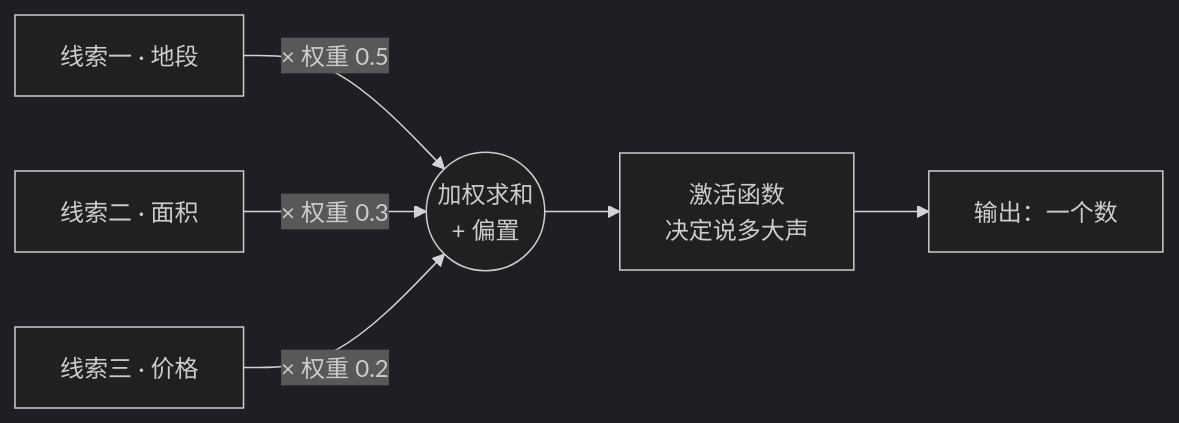
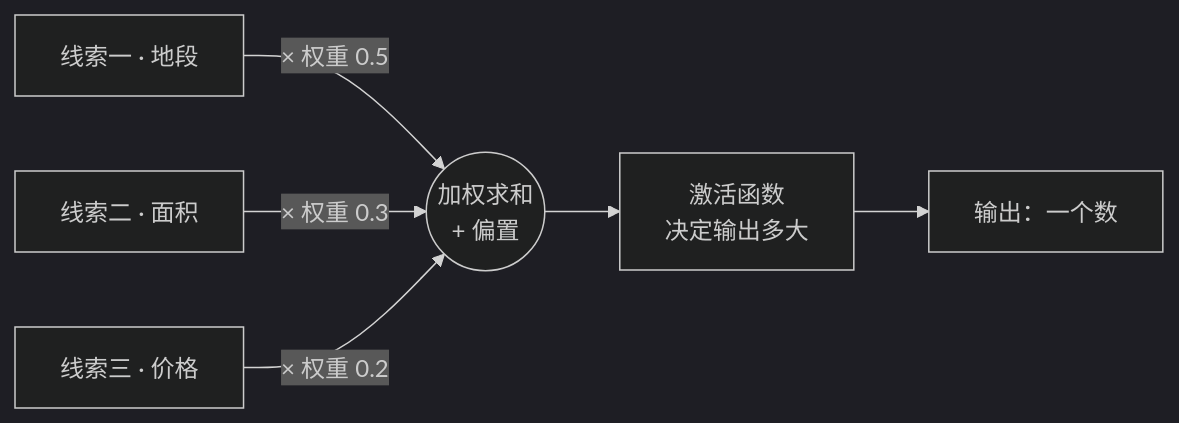
One commit to xxxAndlk/AI_Agent_Learning_path changed the first of 2 diagrams in 02.AI底层基础/第03课_神经网络/第03课.md. Above: the diagram before and after it, drawn with Mermaid (dark theme). The commit also changed other lines of this file and 4 other files, not shown here.

````diff
--- a/02.AI底层基础/第03课_神经网络/第03课.md
+++ b/02.AI底层基础/第03课_神经网络/第03课.md
@@ -34,8 +32,8 @@
 ```mermaid
 flowchart LR
     x1["线索一 · 地段"] -->|"× 权重 0.5"| S(("加权求和<br/>+ 偏置"))
     x2["线索二 · 面积"] -->|"× 权重 0.3"| S
     x3["线索三 · 价格"] -->|"× 权重 0.2"| S
-    S --> A["激活函数<br/>决定说多大声"]
+    S --> A["激活函数<br/>决定输出多大"]
     A --> Y["输出：一个数"]
 ```
````
